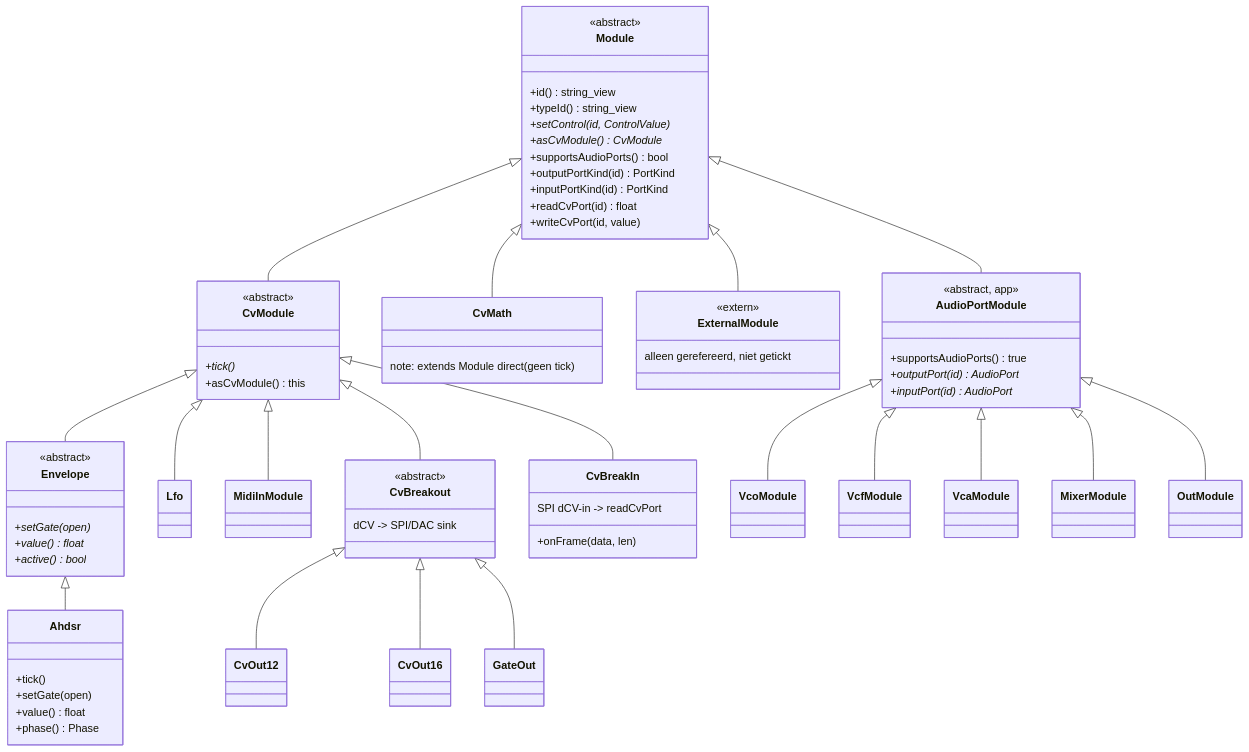
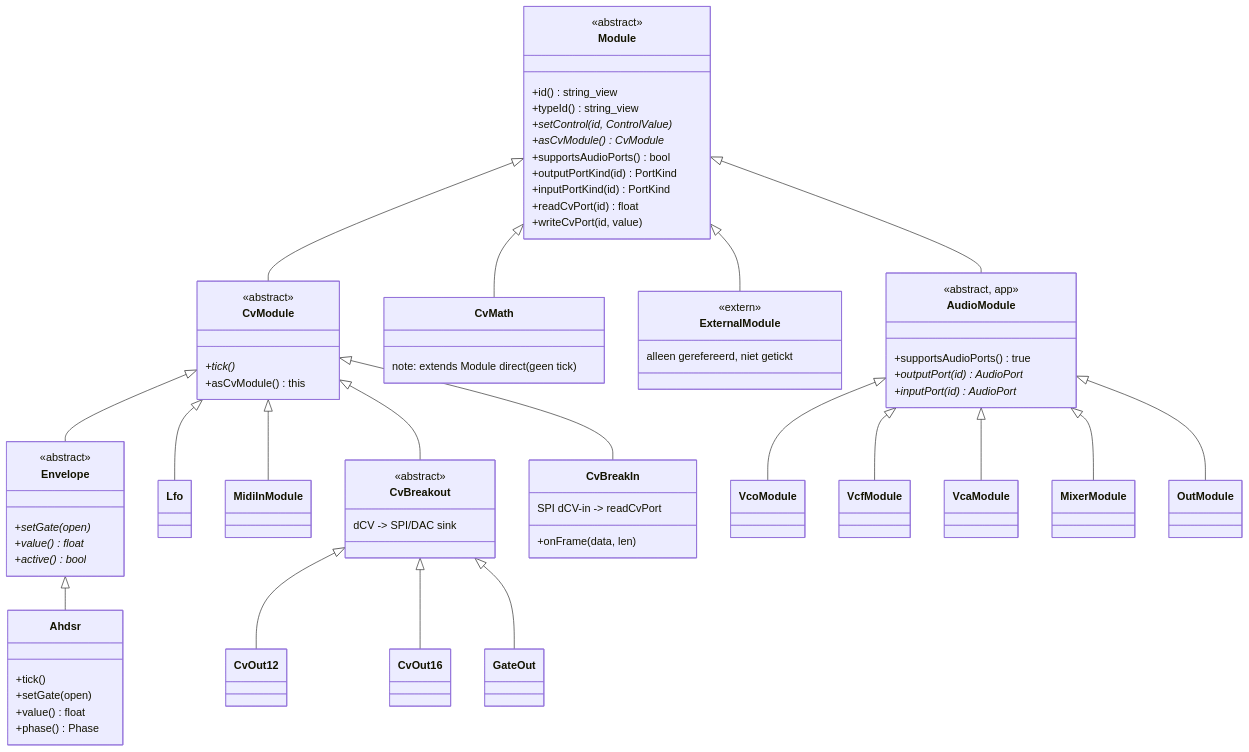
One commit to MarkWestbroek/MusicBrain changed the first of 3 diagrams in doc/uml/08-core-runtime-hierarchy.md. Above: the diagram before and after it, drawn with Mermaid. The commit also changed 27 other files, not shown here.

````diff
--- a/doc/uml/08-core-runtime-hierarchy.md
+++ b/doc/uml/08-core-runtime-hierarchy.md
@@ -72,7 +72,7 @@
         alleen gerefereerd, niet getickt
     }
 
-    class AudioPortModule {
+    class AudioModule {
         <<abstract, app>>
         +supportsAudioPorts() true
         +outputPort(id) AudioPort*
@@ -87,7 +87,7 @@
     Module <|-- CvModule
     Module <|-- CvMath
     Module <|-- ExternalModule
-    Module <|-- AudioPortModule
+    Module <|-- AudioModule
 
     CvModule <|-- Envelope
     CvModule <|-- Lfo
@@ -99,9 +99,9 @@
     CvBreakout <|-- CvOut16
     CvBreakout <|-- GateOut
 
-    AudioPortModule <|-- VcoModule
-    AudioPortModule <|-- VcfModule
-    AudioPortModule <|-- VcaModule
-    AudioPortModule <|-- MixerModule
-    AudioPortModule <|-- OutModule
+    AudioModule <|-- VcoModule
+    AudioModule <|-- VcfModule
+    AudioModule <|-- VcaModule
+    AudioModule <|-- MixerModule
+    AudioModule <|-- OutModule
 ```
````
